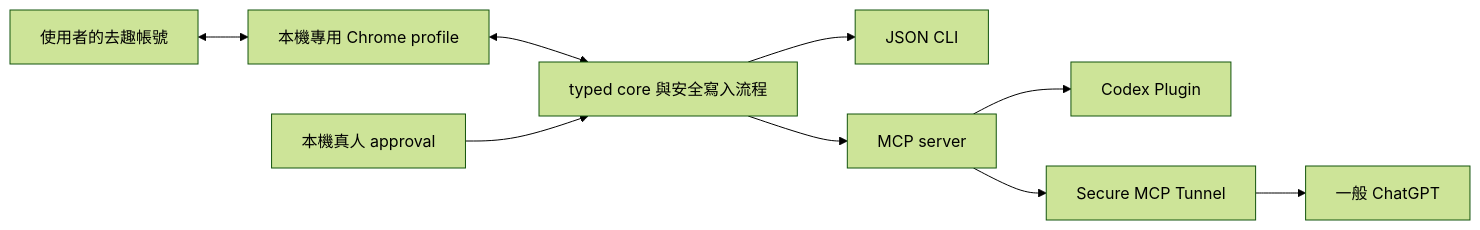
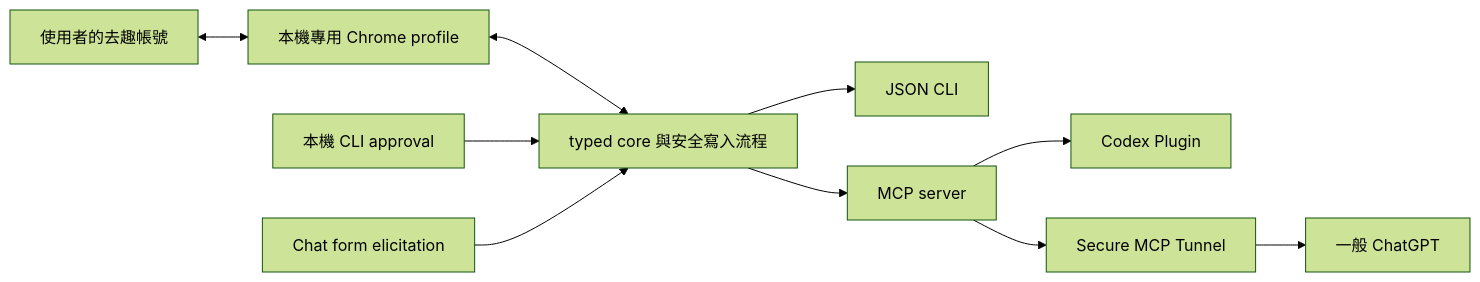
One commit to knowlet/chictrip-agent changed the diagram in README.md. Above: the diagram before and after it, drawn with Mermaid (forest theme). The commit also changed other lines of this file and 13 other files, not shown here.

Commit message:
fix: require Chat form approval for itinerary writes

````diff
--- a/README.md
+++ b/README.md
@@ -22,11 +24,12 @@
 ```mermaid
 flowchart LR
   U["使用者的去趣帳號"] <--> P["本機專用 Chrome profile"]
   P <--> C["typed core 與安全寫入流程"]
   C --> CLI["JSON CLI"]
   C --> MCP["MCP server"]
   MCP --> CDX["Codex Plugin"]
   MCP --> TUN["Secure MCP Tunnel"]
   TUN --> CHAT["一般 ChatGPT"]
-  H["本機真人 approval"] --> C
+  H1["本機 CLI approval"] --> C
+  H2["Chat form elicitation"] --> C
 ```
````
